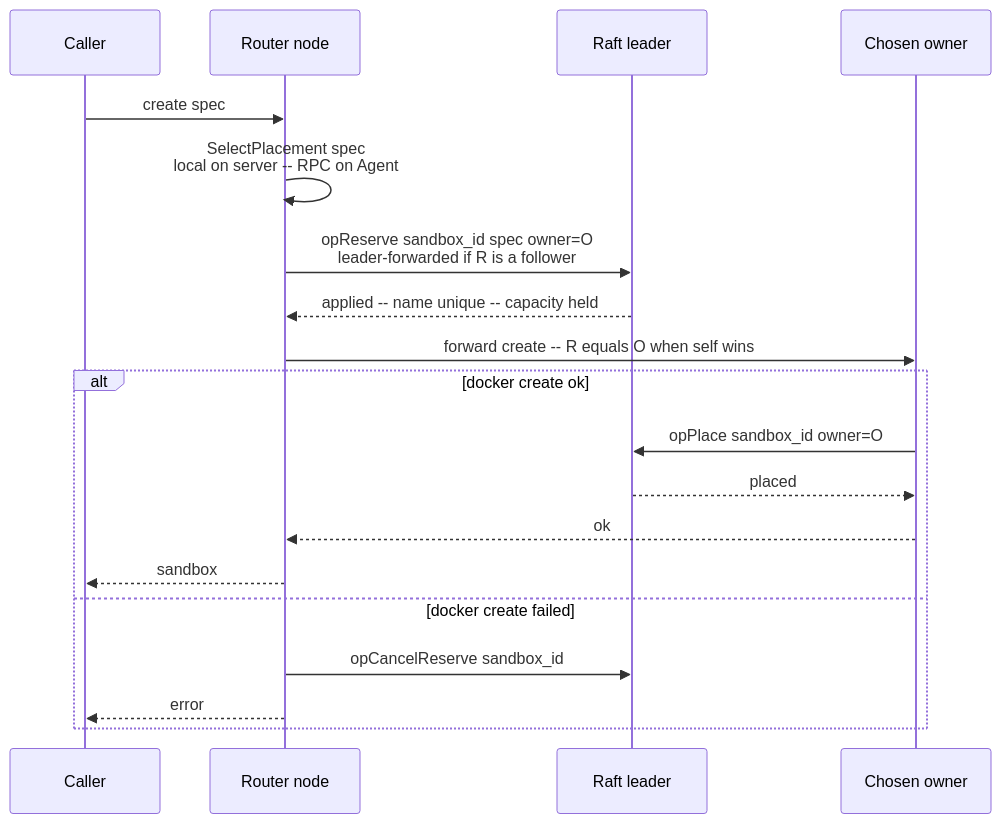
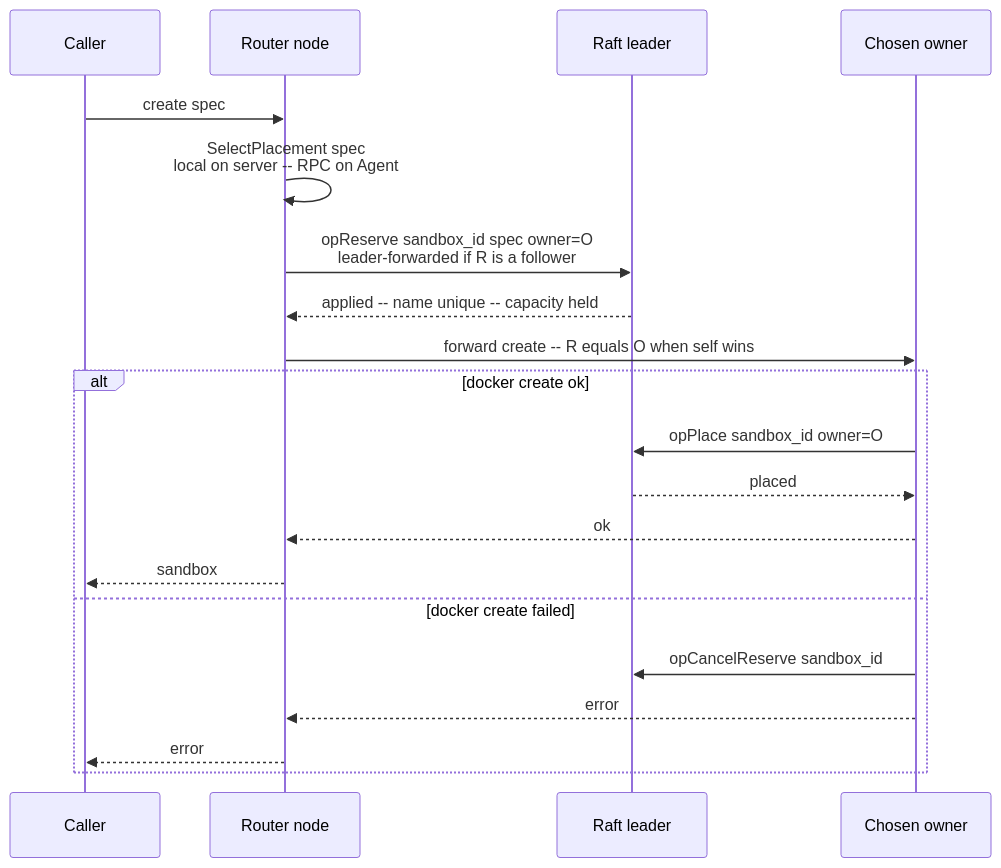
Before and after one commit to aerol-ai/microvm: the second of 8 diagrams in docs/src/content/docs/engineering-placement-failover.mdx, drawn with Mermaid. The commit also changed other lines of this file and 28 other files, not shown here.

First line of the commit message:
docs: enhance enterprise documentation and introduce diagram zoom feature

````diff
--- a/docs/src/content/docs/engineering-placement-failover.mdx
+++ b/docs/src/content/docs/engineering-placement-failover.mdx
@@ -155,21 +155,22 @@
 ```mermaid
 sequenceDiagram
     participant C as Caller
     participant R as Router node
     participant L as Raft leader
     participant O as Chosen owner
     C->>R: create spec
     R->>R: SelectPlacement spec<br/>local on server -- RPC on Agent
     R->>L: opReserve sandbox_id spec owner=O<br/>leader-forwarded if R is a follower
     L-->>R: applied -- name unique -- capacity held
     R->>O: forward create -- R equals O when self wins
     alt docker create ok
         O->>L: opPlace sandbox_id owner=O
         L-->>O: placed
         O-->>R: ok
         R-->>C: sandbox
     else docker create failed
-        R->>L: opCancelReserve sandbox_id
+        O->>L: opCancelReserve sandbox_id
+        O-->>R: error
         R-->>C: error
     end
 ```
````
